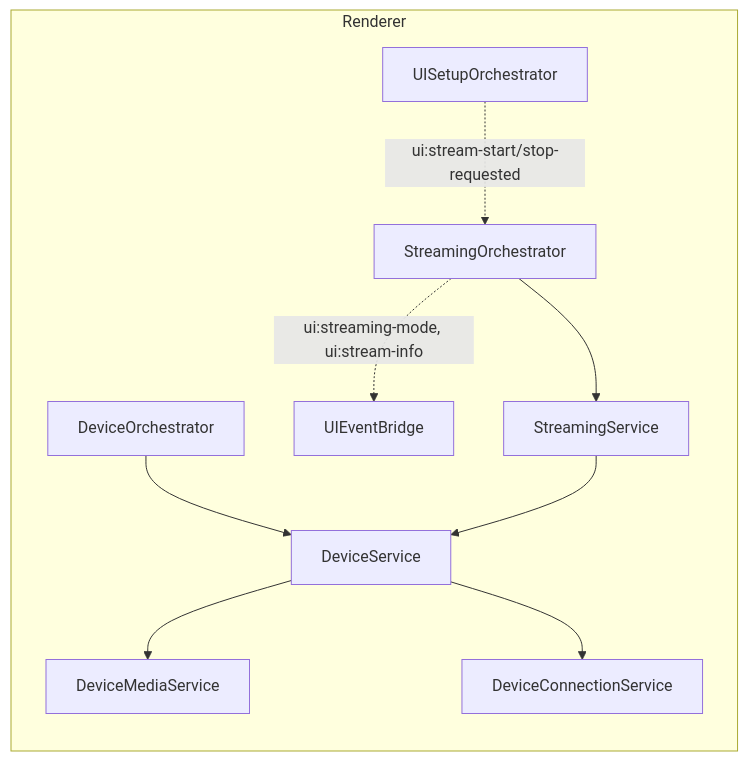
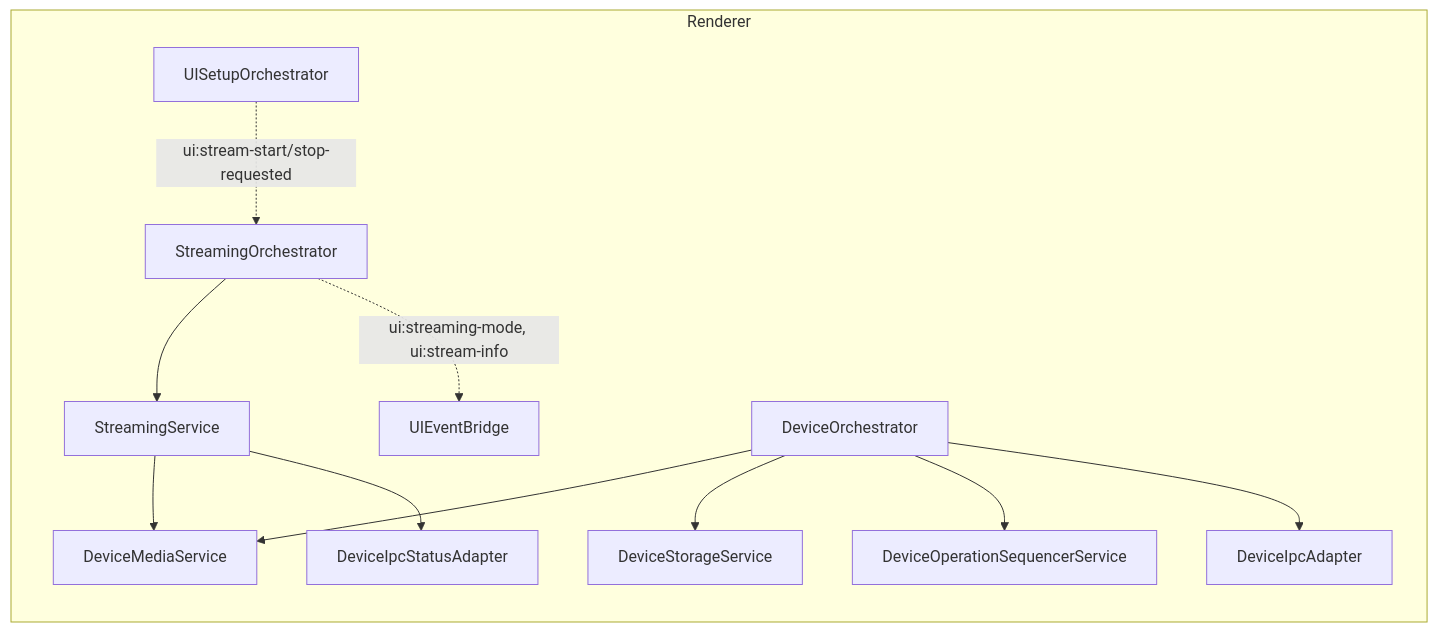
The second of 8 diagrams in docs/architecture-diagrams.md (josstei/prismgb-app), drawn with Mermaid before and after one commit. The commit also changed other lines of this file and 5 other files, not shown here.

````diff
--- a/docs/architecture-diagrams.md
+++ b/docs/architecture-diagrams.md
@@ -37,21 +37,25 @@
 ```mermaid
 flowchart LR
   subgraph RENDERER[Renderer]
     UISetupOrchestrator[UISetupOrchestrator]
     StreamingOrchestrator[StreamingOrchestrator]
     StreamingService[StreamingService]
     DeviceOrchestrator[DeviceOrchestrator]
-    DeviceService[DeviceService]
     DeviceMediaService[DeviceMediaService]
-    DeviceConnectionService[DeviceConnectionService]
+    DeviceStorageService[DeviceStorageService]
+    DeviceOperationSequencerService[DeviceOperationSequencerService]
+    DeviceIpcAdapter[DeviceIpcAdapter]
+    DeviceIpcStatusAdapter[DeviceIpcStatusAdapter]
     UIEventBridge[UIEventBridge]
   end
 
   UISetupOrchestrator -. "ui:stream-start/stop-requested" .-> StreamingOrchestrator
   StreamingOrchestrator --> StreamingService
   StreamingOrchestrator -. "ui:streaming-mode, ui:stream-info" .-> UIEventBridge
-  DeviceOrchestrator --> DeviceService
-  StreamingService --> DeviceService
-  DeviceService --> DeviceMediaService
-  DeviceService --> DeviceConnectionService
+  DeviceOrchestrator --> DeviceMediaService
+  DeviceOrchestrator --> DeviceStorageService
+  DeviceOrchestrator --> DeviceOperationSequencerService
+  DeviceOrchestrator --> DeviceIpcAdapter
+  StreamingService --> DeviceMediaService
+  StreamingService --> DeviceIpcStatusAdapter
 ```
````
